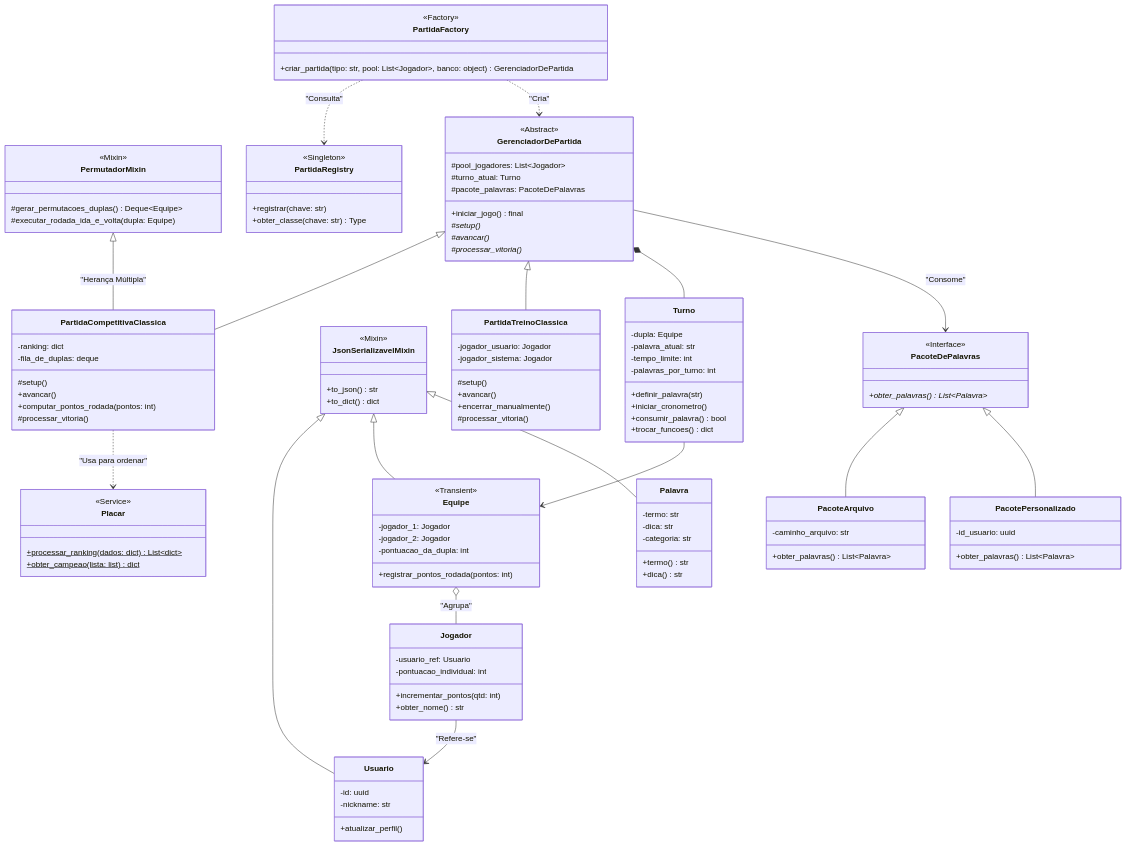
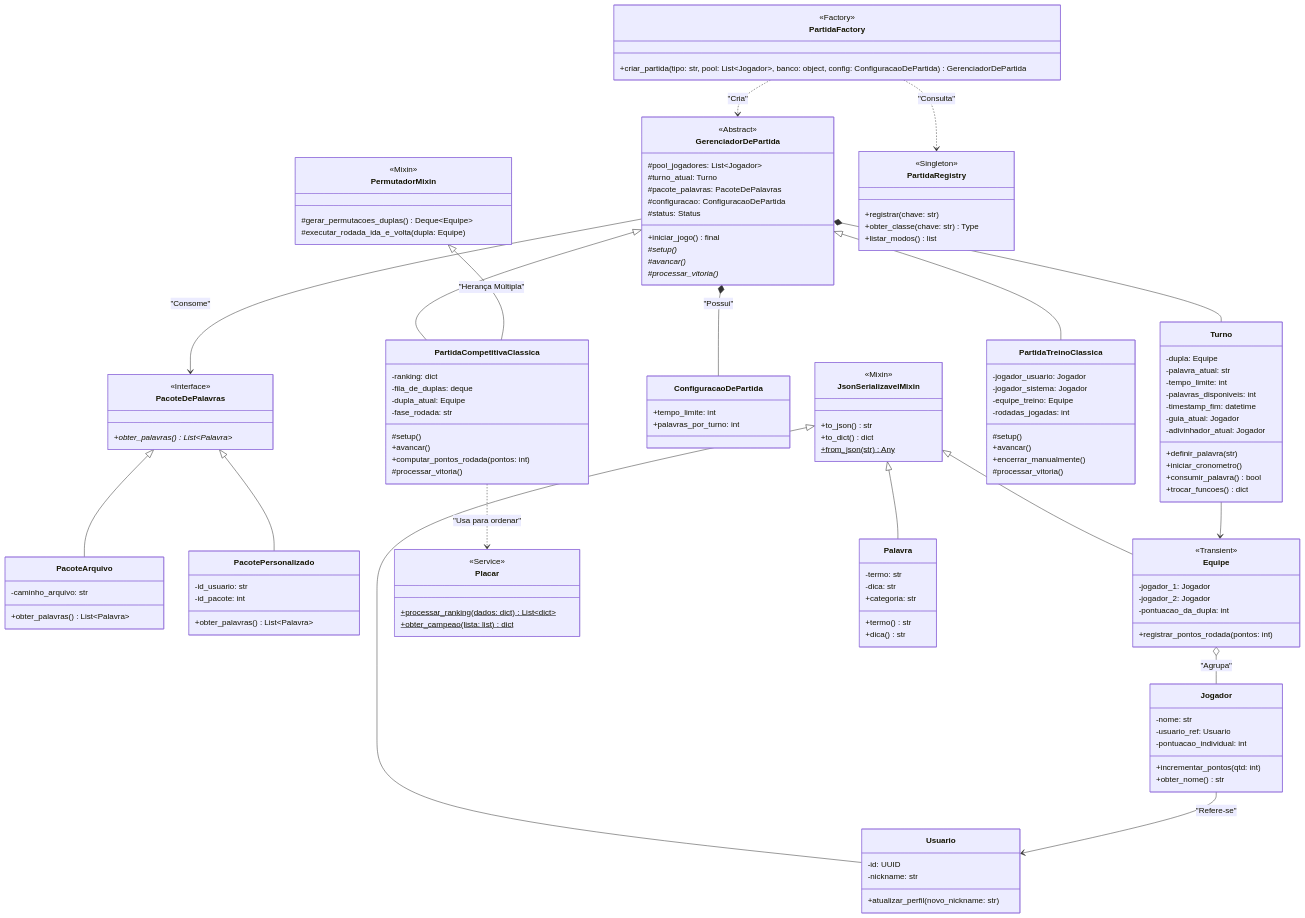
One commit to SebastiaoSoares/Trocadu changed the diagram in README.md. Above: the diagram before and after it, drawn with Mermaid. The commit also changed other lines of this file, not shown here.

```diff
--- a/README.md
+++ b/README.md
@@ -26,7 +40,8 @@
     }
 
     class PacotePersonalizado {
-        -id_usuario: uuid
+        -id_usuario: str
+        -id_pacote: int
         +obter_palavras() List~Palavra~
     }
     
@@ -37,6 +52,7 @@
         <<Mixin>>
         +to_json() str
         +to_dict() dict
+        +from_json(str)$ Any
     }
 
     class PermutadorMixin {
@@ -46,12 +62,13 @@
     }
 
     class Usuario {
-        -id: uuid
+        -id: UUID
         -nickname: str
-        +atualizar_perfil()
+        +atualizar_perfil(novo_nickname: str)
     }
 
     class Jogador {
+        -nome: str
         -usuario_ref: Usuario
         -pontuacao_individual: int
         +incrementar_pontos(qtd: int)
@@ -75,7 +92,7 @@
     class Palavra {
         -termo: str
         -dica: str
-        -categoria: str
+        +categoria: str
         +termo() str
         +dica() str
     }
@@ -87,11 +104,18 @@
     Equipe o-- Jogador : "Agrupa"
     Jogador --> Usuario : "Refere-se"
 
+    class ConfiguracaoDePartida {
+        +tempo_limite: int
+        +palavras_por_turno: int
+    }
+
     class GerenciadorDePartida {
         <<Abstract>>
         #pool_jogadores: List~Jogador~
         #turno_atual: Turno
         #pacote_palavras: PacoteDePalavras
+        #configuracao: ConfiguracaoDePartida
+        #status: Status
         +iniciar_jogo() final
         #setup()*
         #avancar()*
@@ -101,6 +125,8 @@
     class PartidaCompetitivaClassica {
         -ranking: dict
         -fila_de_duplas: deque
+        -dupla_atual: Equipe
+        -fase_rodada: str
         #setup()
         +avancar()
         +computar_pontos_rodada(pontos: int)
@@ -110,6 +136,8 @@
     class PartidaTreinoClassica {
         -jogador_usuario: Jogador
         -jogador_sistema: Jogador
+        -equipe_treino: Equipe
+        -rodadas_jogadas: int
         #setup()
         +avancar()
         +encerrar_manualmente()
@@ -120,8 +148,10 @@
         <<Singleton>>
         +registrar(chave: str)
         +obter_classe(chave: str) Type
+        +listar_modos() list
     }
 
+    GerenciadorDePartida *-- ConfiguracaoDePartida : "Possui"
     GerenciadorDePartida <|-- PartidaCompetitivaClassica
     GerenciadorDePartida <|-- PartidaTreinoClassica
     
@@ -135,7 +165,10 @@
         -dupla: Equipe
         -palavra_atual: str
         -tempo_limite: int
-        -palavras_por_turno: int
+        -palavras_disponiveis: int
+        -timestamp_fim: datetime
+        -guia_atual: Jogador
+        -adivinhador_atual: Jogador
         +definir_palavra(str)
         +iniciar_cronometro()
         +consumir_palavra() bool
@@ -146,7 +179,7 @@
     
     class PartidaFactory {
         <<Factory>>
-        +criar_partida(tipo: str, pool: List~Jogador~, banco: object) GerenciadorDePartida
+        +criar_partida(tipo: str, pool: List~Jogador~, banco: object, config: ConfiguracaoDePartida) GerenciadorDePartida
     }
 
     PartidaFactory ..> PartidaRegistry : "Consulta"
```
